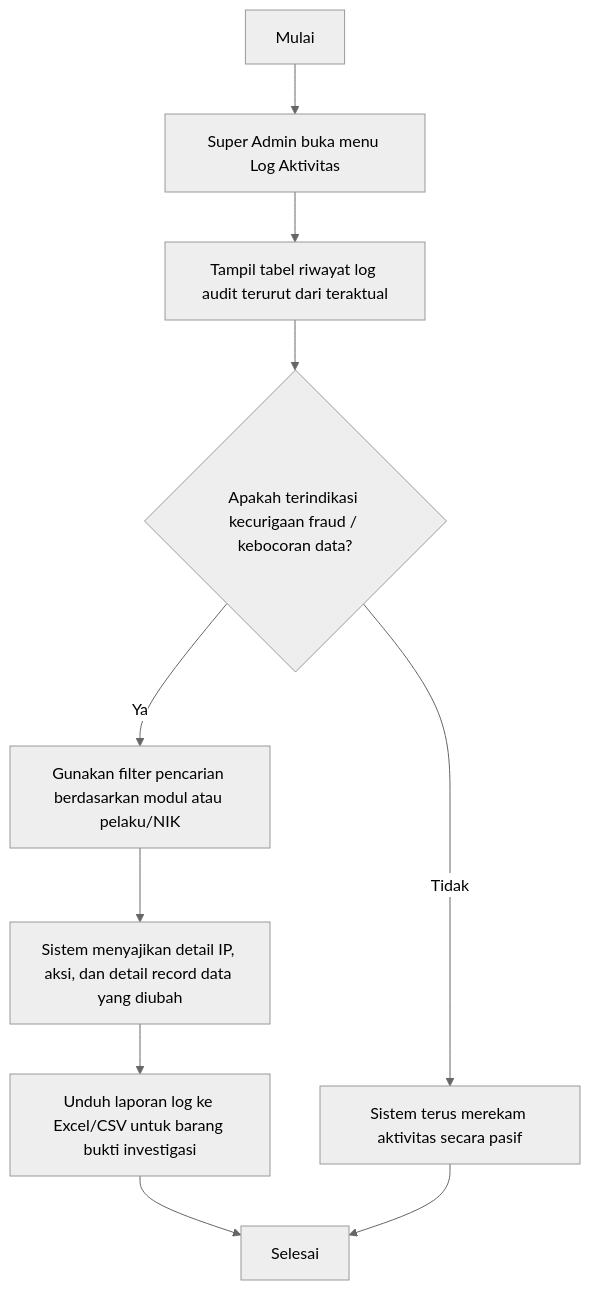
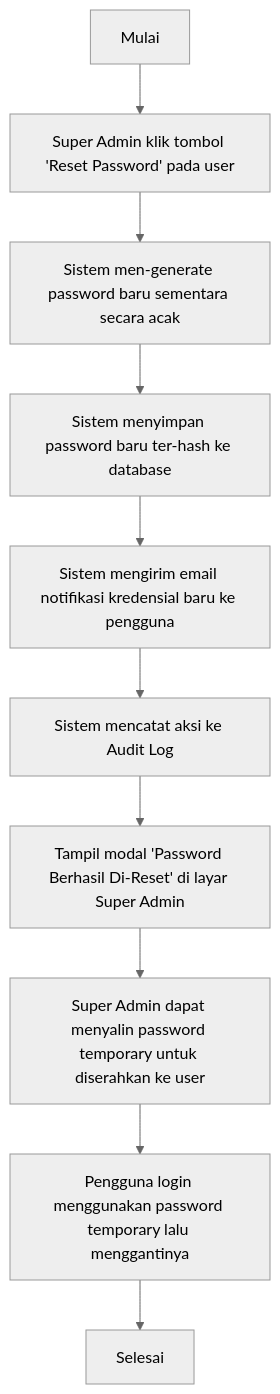
One commit to Araihan413/wargaku changed the fourth of 5 diagrams in docs/roles/super_admin.md. Above: the diagram before and after it, drawn with Mermaid (neutral theme). The commit also changed other lines of this file and 24 other files, not shown here.

````diff
--- a/docs/roles/super_admin.md
+++ b/docs/roles/super_admin.md
@@ -132,12 +183,12 @@
 ```mermaid
 flowchart TD
-    A[Mulai] --> B[Super Admin buka menu Log Aktivitas]
-    B --> C[Tampil tabel riwayat log audit terurut dari teraktual]
-    C --> D{Apakah terindikasi kecurigaan fraud / kebocoran data?}
-    D -->|Ya| E[Gunakan filter pencarian berdasarkan modul atau pelaku/NIK]
-    E --> F[Sistem menyajikan detail IP, aksi, dan detail record data yang diubah]
-    F --> G[Unduh laporan log ke Excel/CSV untuk barang bukti investigasi]
-    D -->|Tidak| H[Sistem terus merekam aktivitas secara pasif]
-    G --> I[Selesai]
-    H --> I
+    A[Mulai] --> B[Super Admin klik tombol 'Reset Password' pada user]
+    B --> C[Sistem men-generate password baru sementara secara acak]
+    C --> D[Sistem menyimpan password baru ter-hash ke database]
+    D --> E[Sistem mengirim email notifikasi kredensial baru ke pengguna]
+    E --> F[Sistem mencatat aksi ke Audit Log]
+    F --> G[Tampil modal 'Password Berhasil Di-Reset' di layar Super Admin]
+    G --> H[Super Admin dapat menyalin password temporary untuk diserahkan ke user]
+    H --> I[Pengguna login menggunakan password temporary lalu menggantinya]
+    I --> J[Selesai]
 ```
````
